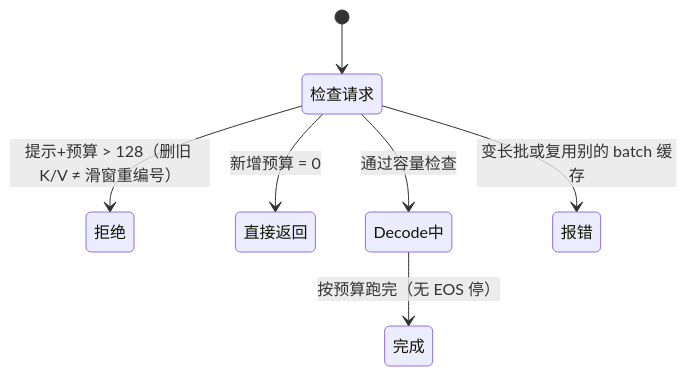
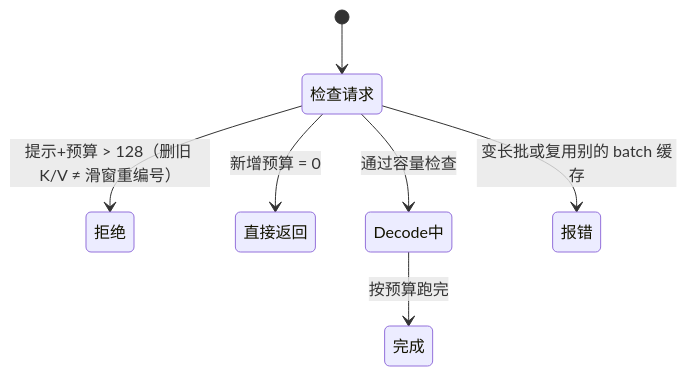
The third of 3 diagrams in chapters/08a_kv_cache.md (cluster1900/zero2llm), drawn with Mermaid before and after one commit. The commit also changed 11 other files, not shown here.

First line of the commit message:
D5 review fix: shorten state-diagram edge labels to avoid mid-word wrap

````diff
--- a/chapters/08a_kv_cache.md
+++ b/chapters/08a_kv_cache.md
@@ -195,12 +195,12 @@
 ```mermaid
 stateDiagram-v2
     %% id: p11-length-bounds
     accTitle: S1 超长直接拒绝，预算为 0 不进模型，缓存也不能跨批复用
     accDescr: 提示加预算超过 128 先拒绝（删旧 K/V 不等于滑窗重编号）；新增预算为 0 则直接返回；通过后按预算 decode 且无 EOS；变长批或复用别的 batch 的缓存也在检查请求时报错。
     [*] --> 检查请求
     检查请求 --> 拒绝: 提示+预算 > 128（删旧 K/V ≠ 滑窗重编号）
     检查请求 --> 直接返回: 新增预算 = 0
     检查请求 --> Decode中: 通过容量检查
     检查请求 --> 报错: 变长批或复用别的 batch 缓存
-    Decode中 --> 完成: 按预算跑完（无 EOS 停）
+    Decode中 --> 完成: 按预算跑完
 ```
````
